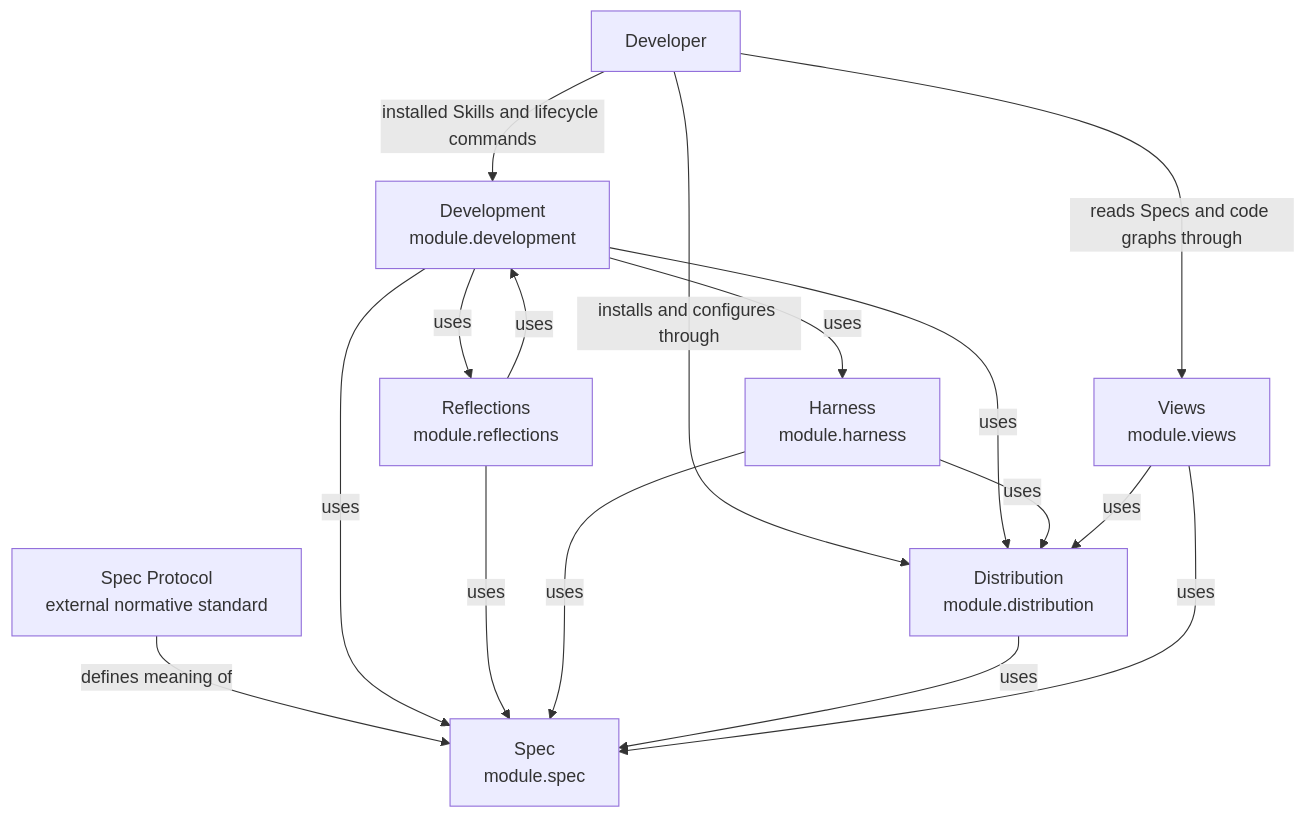
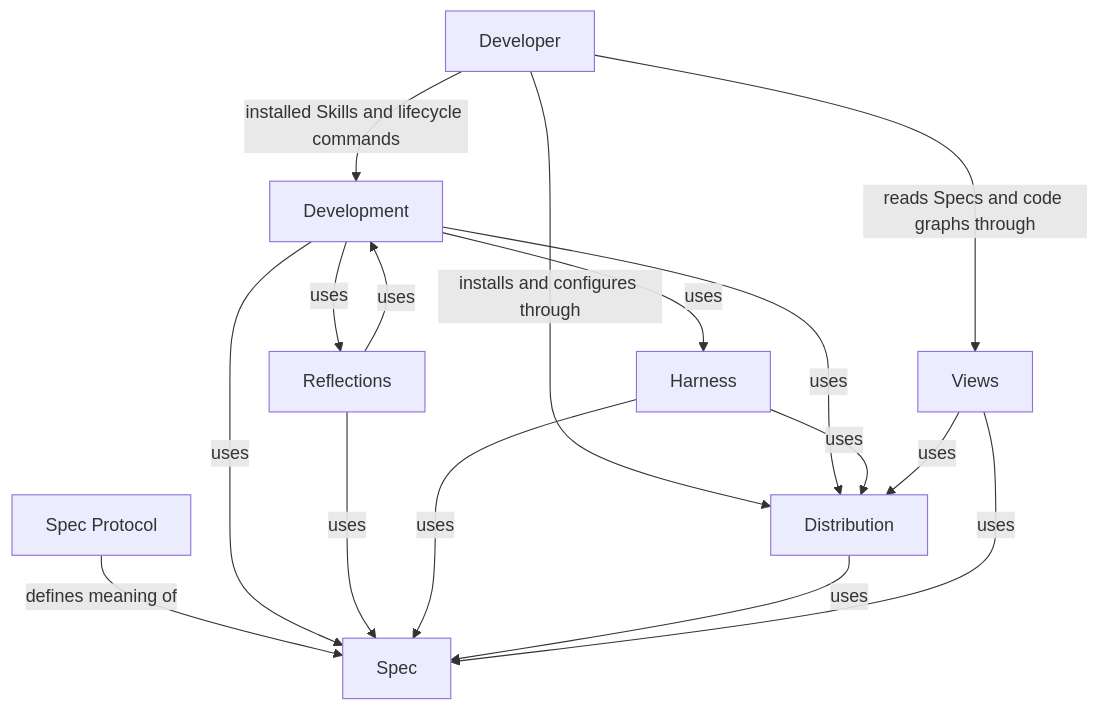
The diagram in specs/modules/concorde/module.md (FTOD/concorde), drawn with Mermaid before and after one commit. The commit also changed other lines of this file and 166 other files, not shown here.

First line of the commit message:
refactor(protocol)!: adopt Spec Protocol 3.0 with four-part Module Specs

````diff
--- a/specs/modules/concorde/module.md
+++ b/specs/modules/concorde/module.md
@@ -23,28 +178,28 @@
 ```mermaid
 flowchart TB
     accTitle: Concorde Framework Modules and their dependencies
     accDescr: The Framework contains six Modules. Development composes Harness, Spec, Reflections and Distribution to turn one task into a ready candidate. Harness freezes context and permissions from Spec and runs Agents with assets built by Distribution. Reflections records feedback and hands approved work back to Development. Views publishes Specs and opens code graphs. The independent Spec Protocol constrains Spec meaning from outside the composition.
     developer["Developer"]
-    protocol["Spec Protocol<br/>external normative standard"]
-    spec["Spec<br/>module.spec"]
-    harness["Harness<br/>module.harness"]
-    development["Development<br/>module.development"]
-    reflections["Reflections<br/>module.reflections"]
-    distribution["Distribution<br/>module.distribution"]
-    views["Views<br/>module.views"]
+    protocol["Spec Protocol"]
+    spec["Spec"]
+    harness["Harness"]
+    development["Development"]
+    reflections["Reflections"]
+    distribution["Distribution"]
+    views["Views"]
     developer -->|installed Skills and lifecycle commands| development
     developer -->|installs and configures through| distribution
     developer -->|reads Specs and code graphs through| views
     protocol -->|defines meaning of| spec
     development -->|uses| harness
     development -->|uses| spec
     development -->|uses| reflections
     development -->|uses| distribution
     reflections -->|uses| development
     reflections -->|uses| spec
     harness -->|uses| spec
     harness -->|uses| distribution
     distribution -->|uses| spec
     views -->|uses| spec
     views -->|uses| distribution
 ```
````
